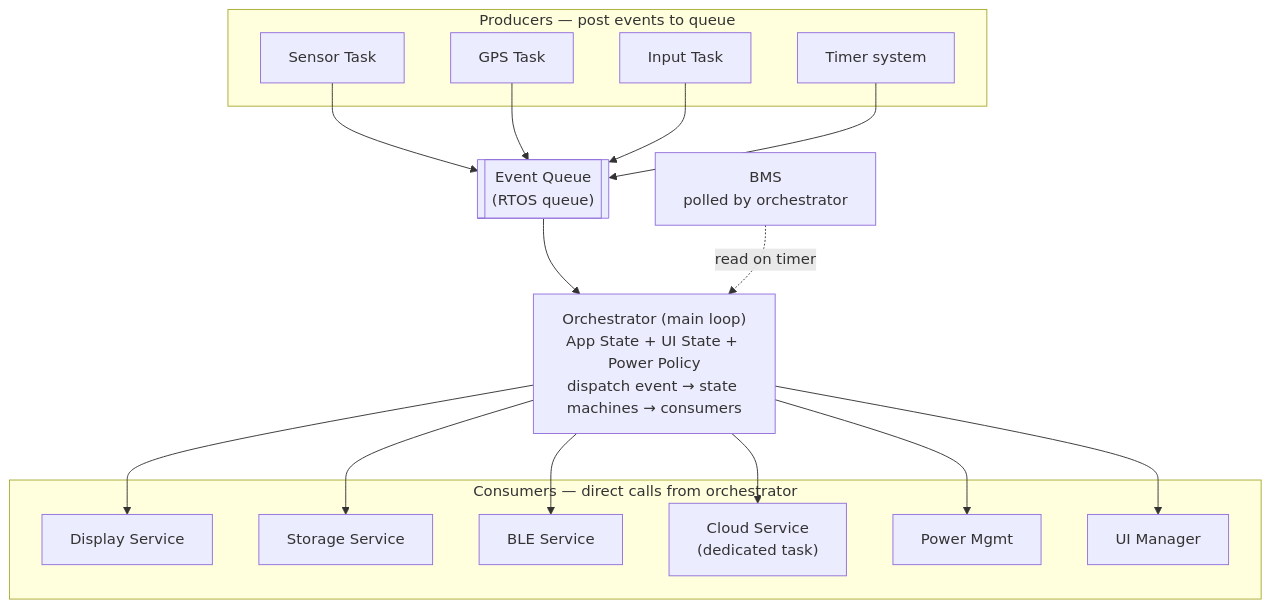
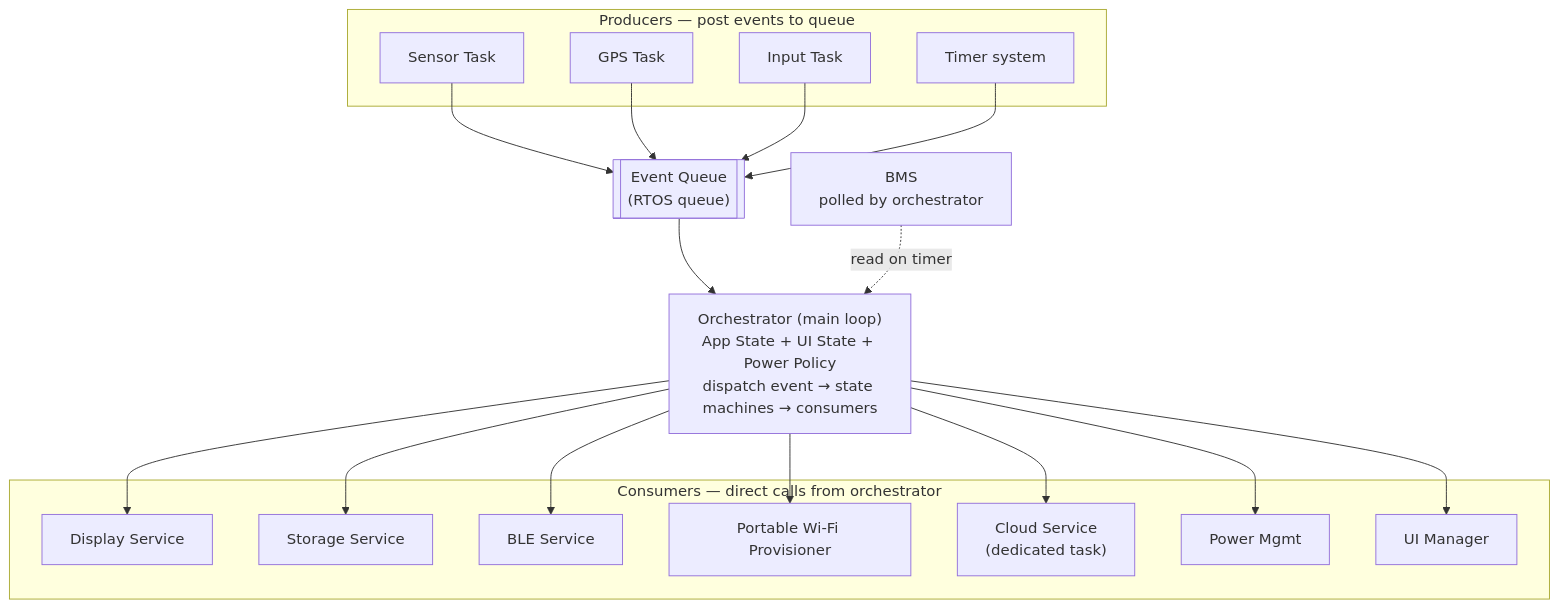
Before and after one commit to mattMRBH/firmware-core: the second of 5 diagrams in products/go/ARCHITECTURE.md, drawn with Mermaid. The commit also changed other lines of this file and 28 other files, not shown here.

````diff
--- a/products/go/ARCHITECTURE.md
+++ b/products/go/ARCHITECTURE.md
@@ -96,37 +96,39 @@
 ```mermaid
 flowchart TD
     subgraph Producers ["Producers — post events to queue"]
         Sensor["Sensor Task"]
         GPS["GPS Task"]
         Input["Input Task"]
         Timer["Timer system"]
     end
 
     Queue[["Event Queue<br/>(RTOS queue)"]]
 
     Orch["Orchestrator (main loop)<br/>App State + UI State + Power Policy<br/>dispatch event → state machines → consumers"]
 
     BMS["BMS<br/>polled by orchestrator"]
 
     subgraph Consumers ["Consumers — direct calls from orchestrator"]
         Display["Display Service"]
         Storage["Storage Service"]
         BLE["BLE Service"]
+        PortableProv["Portable Wi-Fi Provisioner"]
         Cloud["Cloud Service<br/>(dedicated task)"]
         PowerMgmt["Power Mgmt"]
         UI["UI Manager"]
     end
 
     Sensor --> Queue
     GPS --> Queue
     Input --> Queue
     Timer --> Queue
     Queue --> Orch
     BMS -.->|read on timer| Orch
     Orch --> Display
     Orch --> Storage
     Orch --> BLE
+    Orch --> PortableProv
     Orch --> Cloud
     Orch --> PowerMgmt
     Orch --> UI
 ```
````
